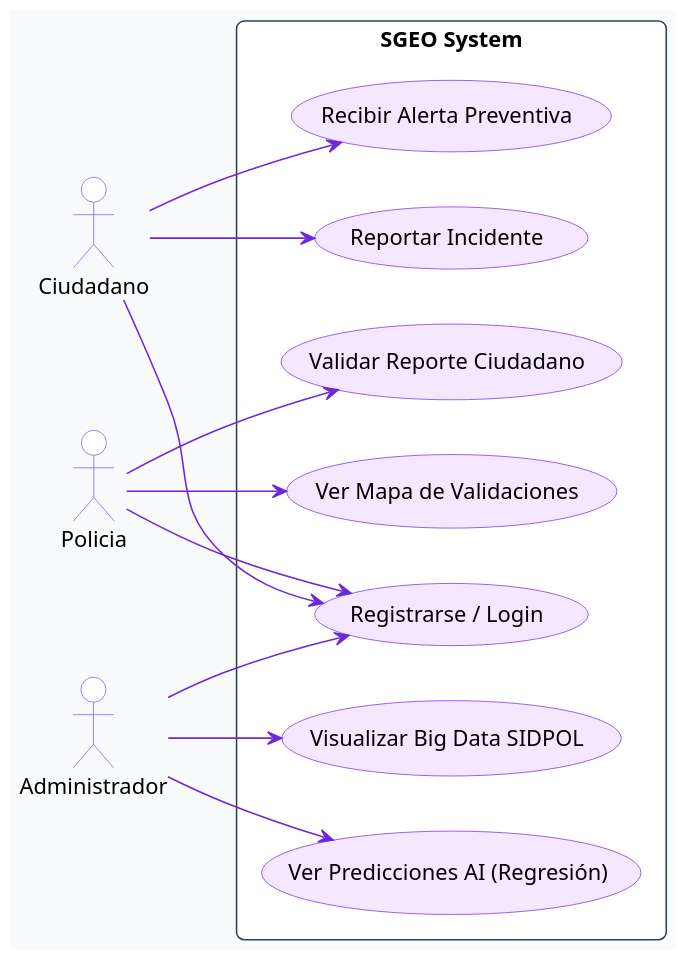
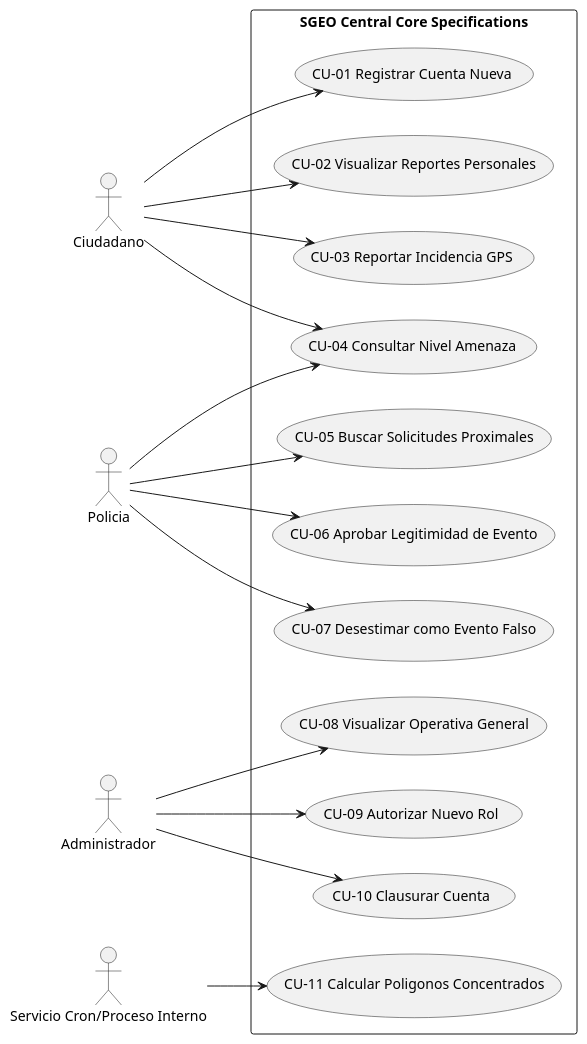
One commit to pieroalexanderppc/sgeo_pp changed the fifth of 8 diagrams in docs/FD03-EPIS-Informe SRS de Proyecto.md. Above: the diagram before and after it, drawn with PlantUML. The commit also changed other lines of this file and 1 other file, not shown here.

````diff
--- a/docs/FD03-EPIS-Informe SRS de Proyecto.md
+++ b/docs/FD03-EPIS-Informe SRS de Proyecto.md
@@ -281,43 +399,44 @@
 ```plantuml
 @startuml
 skinparam shadowing false
-skinparam roundcorner 10
-skinparam dpi 150
-skinparam defaultFontName Segoe UI
-skinparam backgroundColor #F8FAFC
-skinparam ArrowColor #6D28D9
-skinparam UsecaseBackgroundColor #F3E8FF
-skinparam UsecaseBorderColor #7C3AED
-skinparam ActorBackgroundColor #FFFFFF
-skinparam ActorBorderColor #8B5CF6
-skinparam RectangleBackgroundColor #FFFFFF
-skinparam RectangleBorderColor #334155
+left to right direction
 
-left to right direction
-actor Ciudadano as C
-actor Policia as P
-actor Administrador as A
+actor Ciudadano as CIUDADANO
+actor Policia as POLICIA
+actor Administrador as ADMIN
+actor "Servicio Cron/Proceso Interno" as S_BG
 
-rectangle "SGEO System" {
-  usecase "Registrarse / Login" as UC1
-  usecase "Reportar Incidente" as UC2
-  usecase "Recibir Alerta Preventiva" as UC3
-  usecase "Validar Reporte Ciudadano" as UC4
-  usecase "Ver Mapa de Validaciones" as UC5
-  usecase "Ver Predicciones AI (Regresión)" as UC6
-  usecase "Visualizar Big Data SIDPOL" as UC7
+rectangle "SGEO Central Core Specifications" {
+  usecase "CU-01 Registrar Cuenta Nueva" as CU1
+  usecase "CU-02 Visualizar Reportes Personales" as CU2
+  usecase "CU-03 Reportar Incidencia GPS" as CU3
+  usecase "CU-04 Consultar Nivel Amenaza" as CU4
+  
+  usecase "CU-05 Buscar Solicitudes Proximales" as CU5
+  usecase "CU-06 Aprobar Legitimidad de Evento" as CU6
+  usecase "CU-07 Desestimar como Evento Falso" as CU7
+  
+  usecase "CU-08 Visualizar Operativa General" as CU8
+  usecase "CU-09 Autorizar Nuevo Rol" as CU9
+  usecase "CU-10 Clausurar Cuenta" as CU10
+  
+  usecase "CU-11 Calcular Poligonos Concentrados" as CU11
 }
 
-C --> UC1
-C --> UC2
-C --> UC3
+CIUDADANO --> CU1
+CIUDADANO --> CU2
+CIUDADANO --> CU3
+CIUDADANO --> CU4
 
-P --> UC1
-P --> UC4
-P --> UC5
+POLICIA --> CU4
+POLICIA --> CU5
+POLICIA --> CU6
+POLICIA --> CU7
 
-A --> UC1
-A --> UC6
-A --> UC7
+ADMIN --> CU8
+ADMIN --> CU9
+ADMIN --> CU10
+
+S_BG --> CU11
 @enduml
 ```
````
